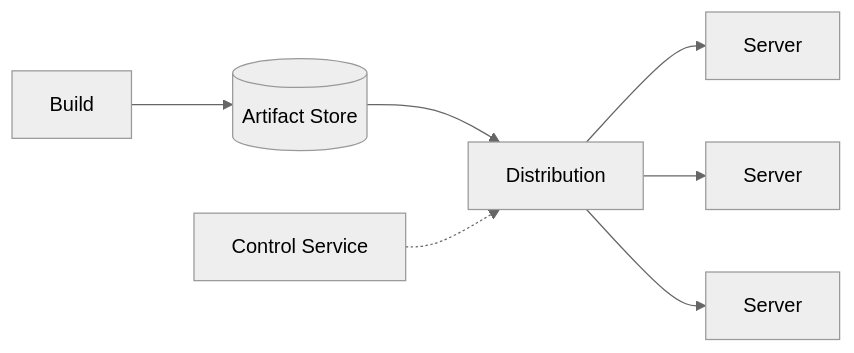
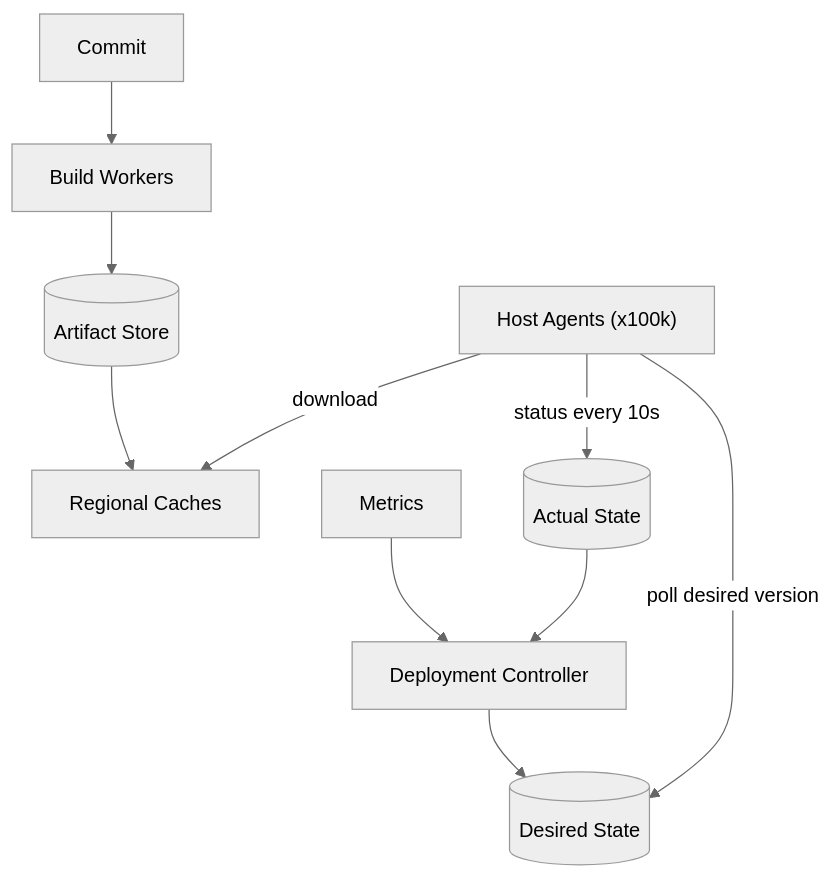
The first of 2 diagrams in questions/design-code-deployment-system.md (design-gurus/grokking-system-design), drawn with Mermaid (neutral theme) before and after one commit. The commit also changed other lines of this file and 19 other files, not shown here.

````diff
--- a/questions/design-code-deployment-system.md
+++ b/questions/design-code-deployment-system.md
@@ -21,9 +82,12 @@
 ```mermaid
-flowchart LR
-    Build[Build] --> Art[(Artifact Store)]
-    Art --> Dist[Distribution]
-    Dist --> F1[Server]
-    Dist --> F2[Server]
-    Dist --> F3[Server]
-    Ctrl[Control Service] -.-> Dist
+flowchart TD
+    Dev[Commit] --> CI[Build Workers]
+    CI --> ART[(Artifact Store)]
+    CTRL[Deployment Controller] --> DES[(Desired State)]
+    ART --> RC[Regional Caches]
+    AG["Host Agents (x100k)"] -->|poll desired version| DES
+    AG -->|download| RC
+    AG -->|status every 10s| ACT[(Actual State)]
+    MET[Metrics] --> CTRL
+    ACT --> CTRL
 ```
````
